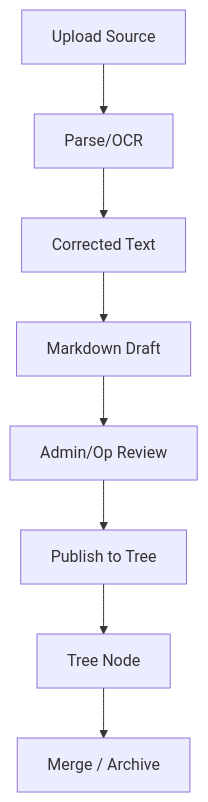
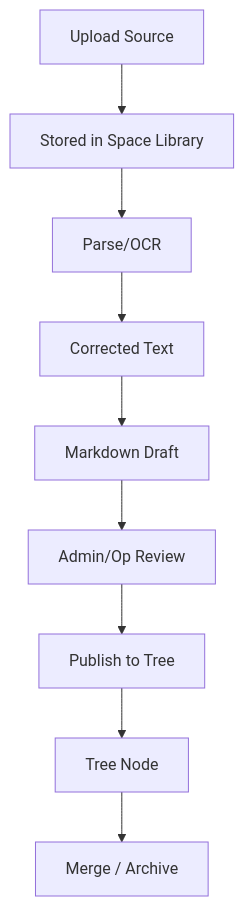
One commit to chicuongwg/WisdomTree changed the diagram in docs/system/data-model-lifecycle.md. Above: the diagram before and after it, drawn with Mermaid. The commit also changed other lines of this file and 9 other files, not shown here.

Commit message:
docs(system): design space-scoped storage and document export architecture

````diff
--- a/docs/system/data-model-lifecycle.md
+++ b/docs/system/data-model-lifecycle.md
@@ -145,19 +162,21 @@
 ```mermaid
 flowchart TD
     Upload[Upload Source]
+    Stored[Stored in Space Library]
     Extract[Parse/OCR]
     Correct[Corrected Text]
     Draft[Markdown Draft]
     Review[Admin/Op Review]
     Publish[Publish to Tree]
     Node[Tree Node]
     Merge[Merge / Archive]
 
-    Upload --> Extract
+    Upload --> Stored
+    Stored --> Extract
     Extract --> Correct
     Correct --> Draft
     Draft --> Review
     Review --> Publish
     Publish --> Node
     Node --> Merge
 ```
````
